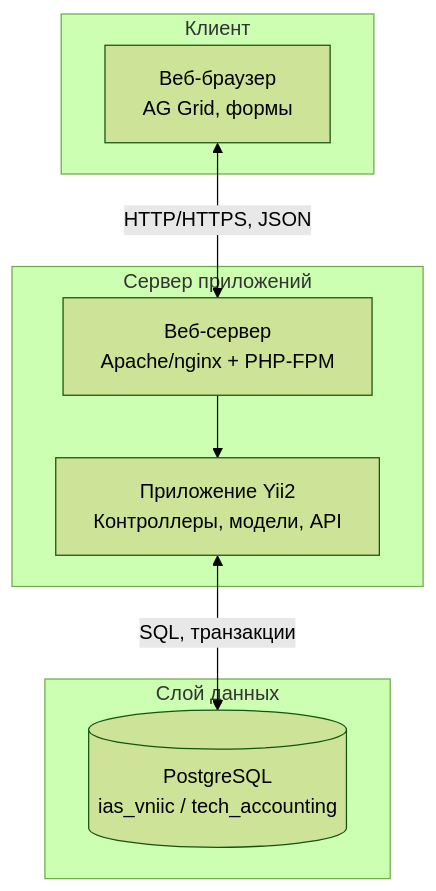
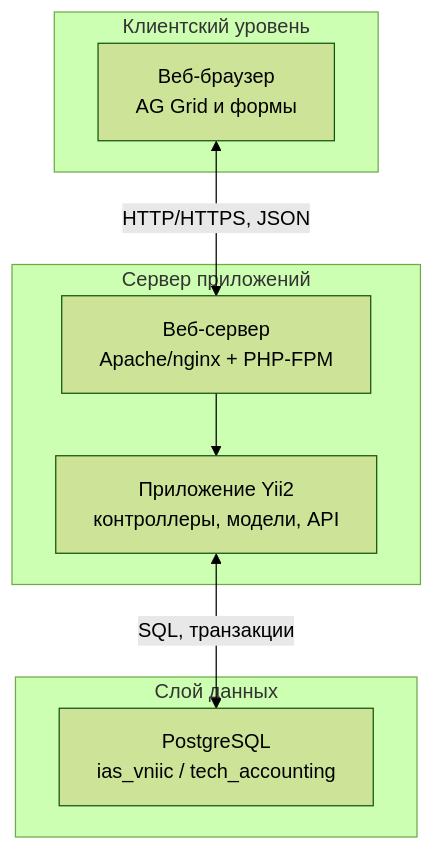
Before and after one commit to rrevva1/IAS_VNIIC: the first of 5 diagrams in docs/vkr/Раздел_2_Архитектурное_проектирование.md, drawn with Mermaid (forest theme). The commit also changed other lines of this file and 95 other files, not shown here.

````diff
--- a/docs/vkr/Раздел_2_Архитектурное_проектирование.md
+++ b/docs/vkr/Раздел_2_Архитектурное_проектирование.md
@@ -187,16 +207,16 @@
 ```mermaid
-flowchart TB
-  subgraph Клиент
-    Browser[Веб-браузер\nAG Grid, формы]
+graph TB
+  subgraph clientLayer["Клиентский уровень"]
+    browser["Веб-браузер<br/>AG Grid и формы"]
   end
-  subgraph Сервер приложений
-    Web[Веб-сервер\nApache/nginx + PHP-FPM]
-    App[Приложение Yii2\nКонтроллеры, модели, API]
-    Web --> App
+  subgraph appLayer["Сервер приложений"]
+    webServer["Веб-сервер<br/>Apache/nginx + PHP-FPM"]
+    yiiApp["Приложение Yii2<br/>контроллеры, модели, API"]
+    webServer --> yiiApp
   end
-  subgraph Слой данных
-    DB[(PostgreSQL\nias_vniic / tech_accounting)]
+  subgraph dataLayer["Слой данных"]
+    db["PostgreSQL<br/>ias_vniic / tech_accounting"]
   end
-  Browser <-->|HTTP/HTTPS, JSON| Web
-  App <-->|SQL, транзакции| DB
+  browser <-->|"HTTP/HTTPS, JSON"| webServer
+  yiiApp <-->|"SQL, транзакции"| db
 ```
````
